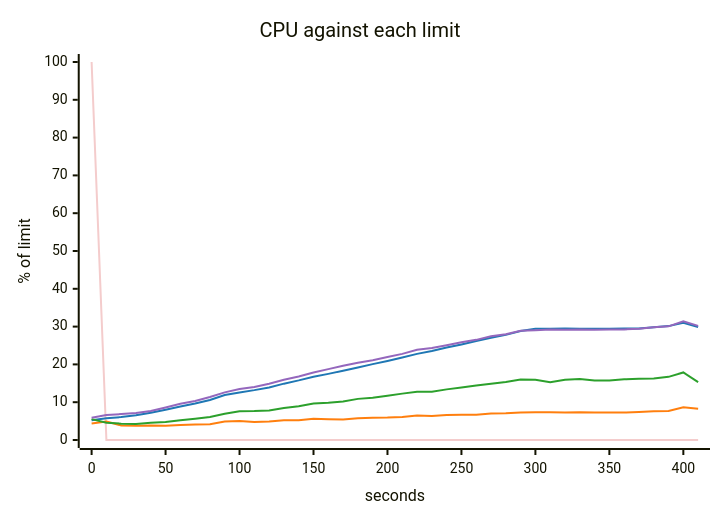
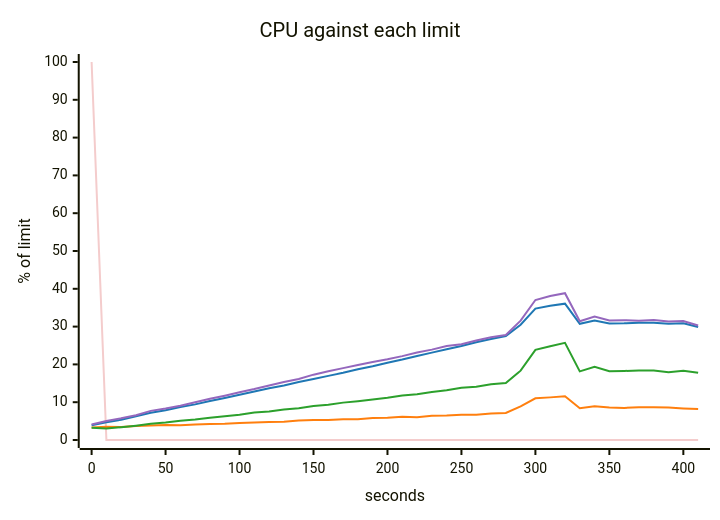
The fifth of 5 diagrams in scenarios/connection-pool-trap/solutions/release-between-queries/report.md (akinfemi/load-lore), drawn with Mermaid before and after one commit. The commit also changed other lines of this file and 125 other files, not shown here.

````diff
--- a/scenarios/connection-pool-trap/solutions/release-between-queries/report.md
+++ b/scenarios/connection-pool-trap/solutions/release-between-queries/report.md
@@ -95,18 +95,18 @@
 ```mermaid
 ---
 config:
   themeVariables:
     xyChart:
       backgroundColor: "transparent"
       plotColorPalette: "#f4cccc, #1f77b4, #ff7f0e, #2ca02c, #9467bd"
 ---
 xychart-beta
     title "CPU against each limit"
     x-axis "seconds" 0 --> 410
     y-axis "% of limit" 0 --> 100
     line [100, 0, 0, 0, 0, 0, 0, 0, 0, 0, 0, 0, 0, 0, 0, 0, 0, 0, 0, 0, 0, 0, 0, 0, 0, 0, 0, 0, 0, 0, 0, 0, 0, 0, 0, 0, 0, 0, 0, 0, 0, 0]
-    line [5.213, 5.736, 6.061, 6.559, 7.211, 8.017, 8.875, 9.669, 10.595, 11.888, 12.581, 13.195, 13.912, 14.906, 15.767, 16.74, 17.495, 18.34, 19.18, 20.074, 20.913, 21.822, 22.79, 23.551, 24.453, 25.288, 26.198, 27.031, 27.814, 28.818, 29.411, 29.414, 29.473, 29.406, 29.421, 29.445, 29.484, 29.514, 29.826, 30.13, 31.005, 29.913]
-    line [4.392, 4.914, 3.857, 3.754, 3.813, 3.758, 3.967, 4.075, 4.149, 4.908, 5.05, 4.745, 4.886, 5.21, 5.204, 5.603, 5.479, 5.418, 5.725, 5.876, 5.933, 6.11, 6.455, 6.33, 6.626, 6.705, 6.684, 6.988, 7.054, 7.244, 7.331, 7.328, 7.277, 7.349, 7.259, 7.304, 7.26, 7.401, 7.575, 7.651, 8.638, 8.262]
-    line [5.529, 4.577, 4.328, 4.23, 4.571, 4.771, 5.219, 5.632, 6.094, 6.931, 7.631, 7.675, 7.814, 8.45, 8.922, 9.675, 9.853, 10.176, 10.879, 11.159, 11.713, 12.271, 12.795, 12.763, 13.395, 13.873, 14.419, 14.904, 15.371, 15.974, 15.918, 15.257, 15.943, 16.117, 15.741, 15.744, 16.056, 16.229, 16.281, 16.703, 17.869, 15.305]
-    line [5.872, 6.59, 6.859, 7.148, 7.673, 8.619, 9.563, 10.317, 11.383, 12.593, 13.472, 14.041, 14.895, 15.946, 16.813, 17.869, 18.75, 19.662, 20.432, 21.111, 21.941, 22.778, 23.849, 24.314, 25.059, 25.882, 26.495, 27.466, 27.97, 28.892, 29.054, 29.21, 29.162, 29.233, 29.197, 29.229, 29.257, 29.404, 29.844, 30.061, 31.426, 30.183]
+    line [3.917, 4.695, 5.364, 6.287, 7.19, 7.88, 8.722, 9.421, 10.312, 11.13, 11.985, 12.831, 13.688, 14.424, 15.334, 16.11, 16.965, 17.77, 18.724, 19.529, 20.455, 21.282, 22.228, 23.119, 24.028, 24.849, 25.837, 26.705, 27.52, 30.501, 34.751, 35.509, 36.066, 30.733, 31.621, 30.817, 30.862, 30.999, 31.017, 30.731, 30.881, 29.887]
+    line [3.337, 3.483, 3.452, 3.676, 3.81, 3.939, 3.907, 4.115, 4.23, 4.312, 4.518, 4.648, 4.792, 4.81, 5.135, 5.295, 5.264, 5.52, 5.492, 5.848, 5.861, 6.135, 6.042, 6.444, 6.474, 6.691, 6.687, 7.029, 7.159, 8.913, 11.026, 11.276, 11.58, 8.401, 8.923, 8.593, 8.498, 8.647, 8.694, 8.584, 8.355, 8.183]
+    line [3.256, 3.045, 3.383, 3.795, 4.278, 4.621, 5.101, 5.416, 5.873, 6.281, 6.669, 7.304, 7.514, 8.046, 8.377, 8.972, 9.303, 9.889, 10.272, 10.699, 11.176, 11.752, 12.119, 12.693, 13.143, 13.841, 14.088, 14.737, 15.084, 18.343, 23.836, 24.807, 25.719, 18.15, 19.366, 18.186, 18.262, 18.367, 18.385, 17.957, 18.303, 17.814]
+    line [4.096, 5.024, 5.728, 6.532, 7.703, 8.341, 9.088, 9.976, 10.891, 11.726, 12.643, 13.47, 14.422, 15.325, 16.126, 17.287, 18.173, 19.016, 19.846, 20.657, 21.345, 22.184, 23.122, 23.913, 24.884, 25.35, 26.321, 27.208, 27.771, 31.567, 37.032, 38.082, 38.842, 31.427, 32.633, 31.609, 31.688, 31.541, 31.736, 31.366, 31.493, 30.292]
 ```
````
